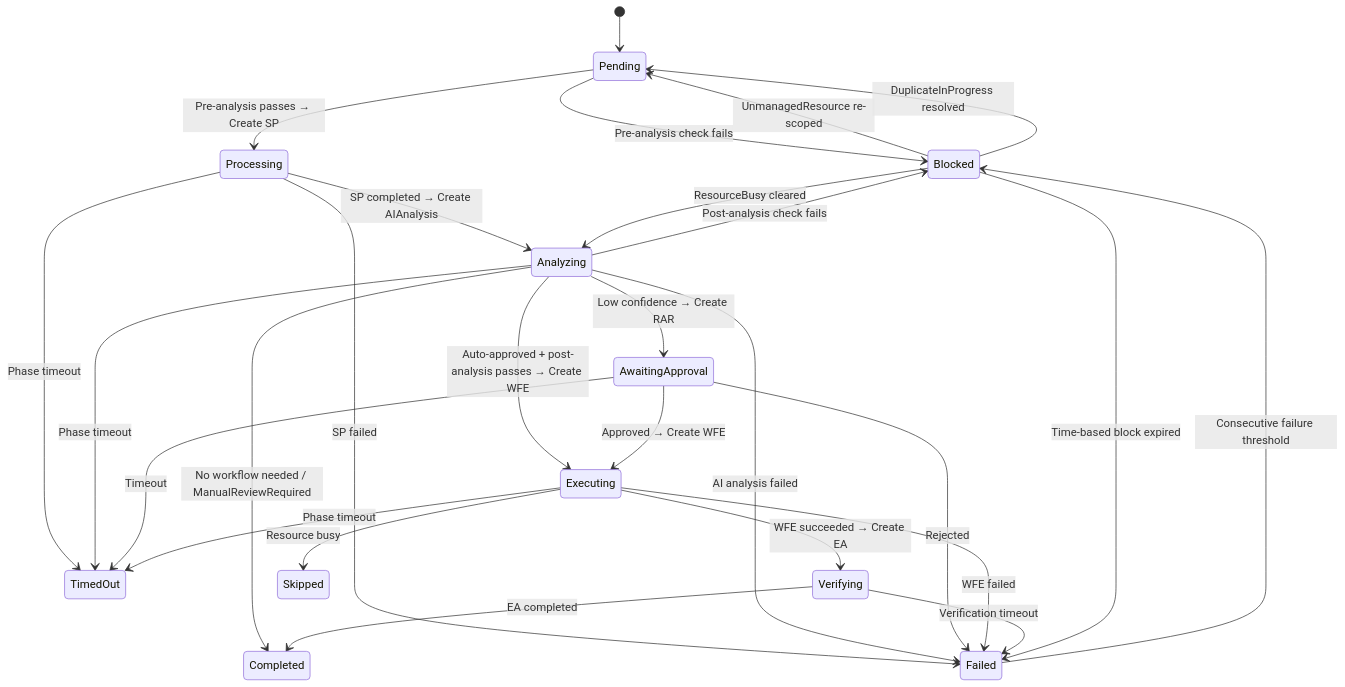
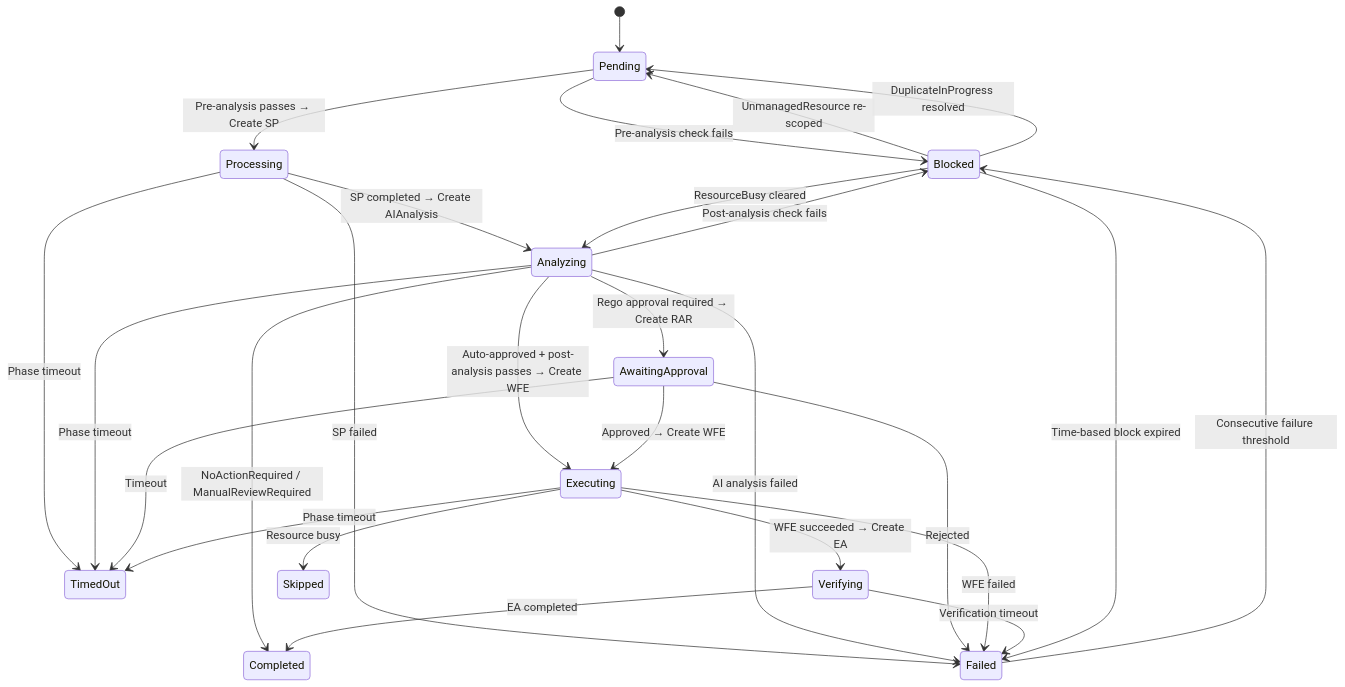
One commit to jordigilh/kubernaut-docs changed the diagram in docs/architecture/remediation-routing.md. Above: the diagram before and after it, drawn with Mermaid. The commit also changed other lines of this file and 6 other files, not shown here.

First line of the commit message:
docs: fix HAPI workflow selection, routing diagrams, and ManualReviewRequired paths

````diff
--- a/docs/architecture/remediation-routing.md
+++ b/docs/architecture/remediation-routing.md
@@ -20,29 +20,29 @@
 ```mermaid
 stateDiagram-v2
     [*] --> Pending
     Pending --> Blocked : Pre-analysis check fails
     Pending --> Processing : Pre-analysis passes → Create SP
     Processing --> Analyzing : SP completed → Create AIAnalysis
     Processing --> Failed : SP failed
     Processing --> TimedOut : Phase timeout
-    Analyzing --> AwaitingApproval : Low confidence → Create RAR
+    Analyzing --> AwaitingApproval : Rego approval required → Create RAR
     Analyzing --> Executing : Auto-approved + post-analysis passes → Create WFE
     Analyzing --> Blocked : Post-analysis check fails
-    Analyzing --> Completed : No workflow needed / ManualReviewRequired
+    Analyzing --> Completed : NoActionRequired / ManualReviewRequired
     Analyzing --> Failed : AI analysis failed
     Analyzing --> TimedOut : Phase timeout
     AwaitingApproval --> Executing : Approved → Create WFE
     AwaitingApproval --> Failed : Rejected
     AwaitingApproval --> TimedOut : Timeout
     Executing --> Verifying : WFE succeeded → Create EA
     Executing --> Failed : WFE failed
     Executing --> Skipped : Resource busy
     Executing --> TimedOut : Phase timeout
     Verifying --> Completed : EA completed
     Verifying --> Failed : Verification timeout
     Blocked --> Pending : UnmanagedResource re-scoped
     Blocked --> Pending : DuplicateInProgress resolved
     Blocked --> Analyzing : ResourceBusy cleared
     Blocked --> Failed : Time-based block expired
     Failed --> Blocked : Consecutive failure threshold
 ```
````
